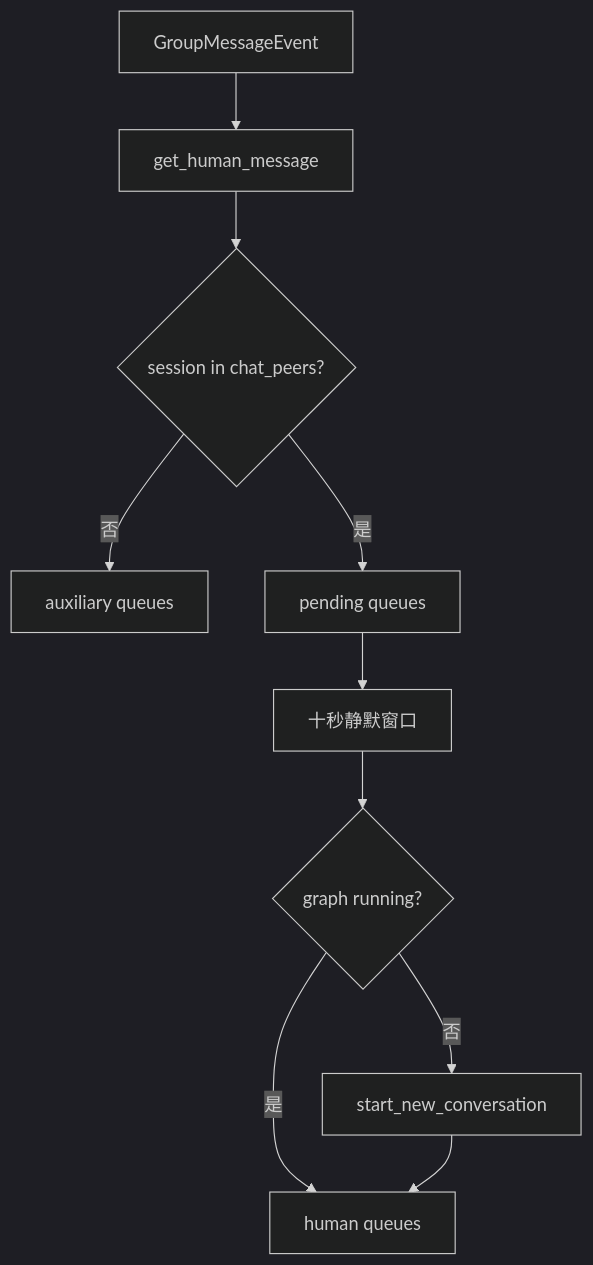
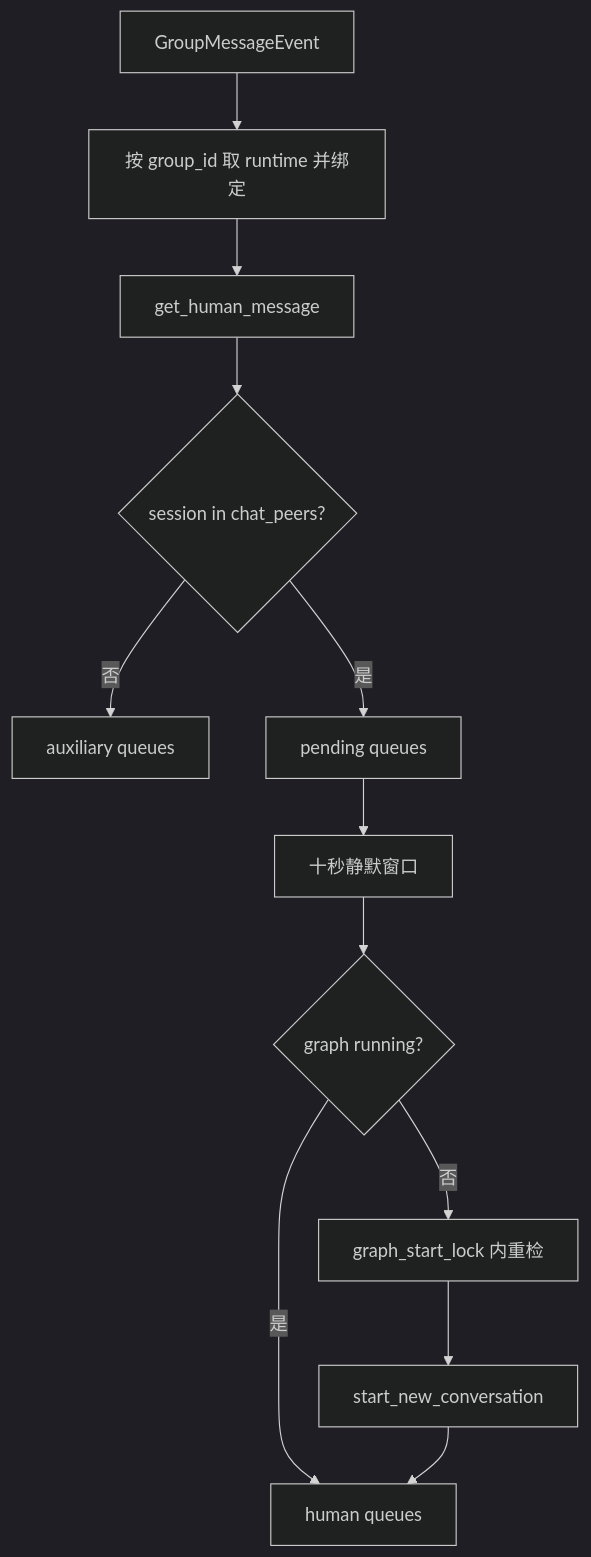
The fourth of 10 diagrams in docs/arch.md (ATreep/hatsume-qq-bot), drawn with Mermaid (dark theme) before and after one commit. The commit also changed other lines of this file and 78 other files, not shown here.

Commit message:
feat: isolate bot runtime by group

```diff
--- a/docs/arch.md
+++ b/docs/arch.md
@@ -198,12 +199,14 @@
 ~~~mermaid
 flowchart TD
-    Event[GroupMessageEvent] --> Parse[get_human_message]
+    Event[GroupMessageEvent] --> Runtime[按 group_id 取 runtime 并绑定]
+    Runtime --> Parse[get_human_message]
     Parse --> Peer{session in chat_peers?}
     Peer -- 否 --> Aux[auxiliary queues]
     Peer -- 是 --> Pending[pending queues]
     Pending --> Debounce[十秒静默窗口]
     Debounce --> Running{graph running?}
     Running -- 是 --> HumanQ[human queues]
-    Running -- 否 --> Start[start_new_conversation]
+    Running -- 否 --> Lock[graph_start_lock 内重检]
+    Lock --> Start[start_new_conversation]
     Start --> HumanQ
 ~~~
```
